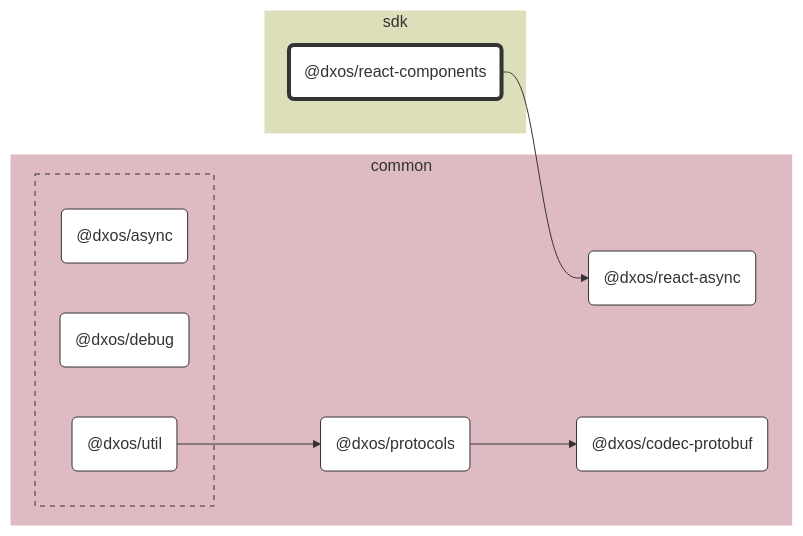
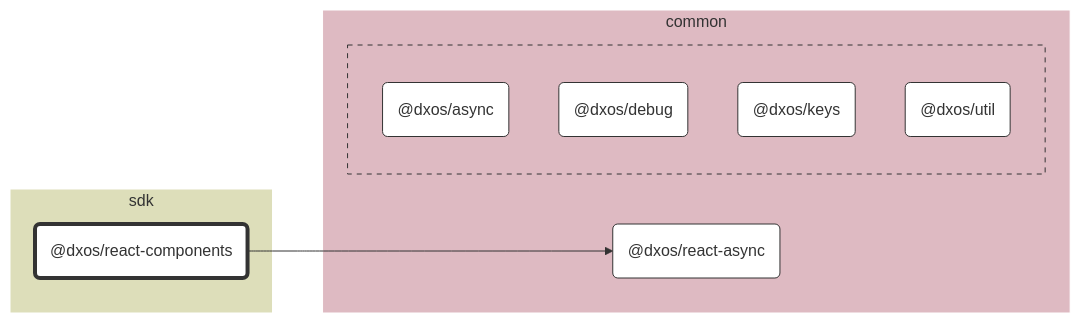
Before and after one commit to dxos/dxos: the diagram in packages/sdk/react-components/docs/README.md, drawn with Mermaid. The commit also changed other lines of this file and 52 other files, not shown here.

````diff
--- a/packages/sdk/react-components/docs/README.md
+++ b/packages/sdk/react-components/docs/README.md
@@ -7,43 +7,39 @@
 ```mermaid
 %%{ init: {'flowchart':{'curve':'basis'}} }%%
 
 flowchart LR
 
 %% Classes
 classDef def fill:#fff,stroke:#333,stroke-width:1px
 classDef root fill:#fff,stroke:#333,stroke-width:4px
 
 %% Nodes
 
 subgraph sdk [sdk]
   style sdk fill:#dddeba,stroke:#fff
   dxos/react-components("@dxos/react-components"):::root
   click dxos/react-components "dxos/dxos/tree/main/packages/sdk/react-components/docs"
 end
 
 subgraph common [common]
   style common fill:#debac2,stroke:#fff
   dxos/react-async("@dxos/react-async"):::def
   click dxos/react-async "dxos/dxos/tree/main/packages/common/react-async/docs"
-  dxos/protocols("@dxos/protocols"):::def
-  click dxos/protocols "dxos/dxos/tree/main/packages/common/protocols/docs"
-  dxos/codec-protobuf("@dxos/codec-protobuf"):::def
-  click dxos/codec-protobuf "dxos/dxos/tree/main/packages/common/codec-protobuf/docs"
 
   subgraph common-excluded [ ]
     style common-excluded fill:#debac2,stroke:#333,stroke-dasharray:5 5
     dxos/async("@dxos/async"):::def
     click dxos/async "dxos/dxos/tree/main/packages/common/async/docs"
     dxos/debug("@dxos/debug"):::def
     click dxos/debug "dxos/dxos/tree/main/packages/common/debug/docs"
+    dxos/keys("@dxos/keys"):::def
+    click dxos/keys "dxos/dxos/tree/main/packages/common/keys/docs"
     dxos/util("@dxos/util"):::def
     click dxos/util "dxos/dxos/tree/main/packages/common/util/docs"
   end
 end
 
 %% Links
 linkStyle default stroke:#333,stroke-width:1px
 dxos/react-components --> dxos/react-async
-dxos/util --> dxos/protocols
-dxos/protocols --> dxos/codec-protobuf
 ```
````
